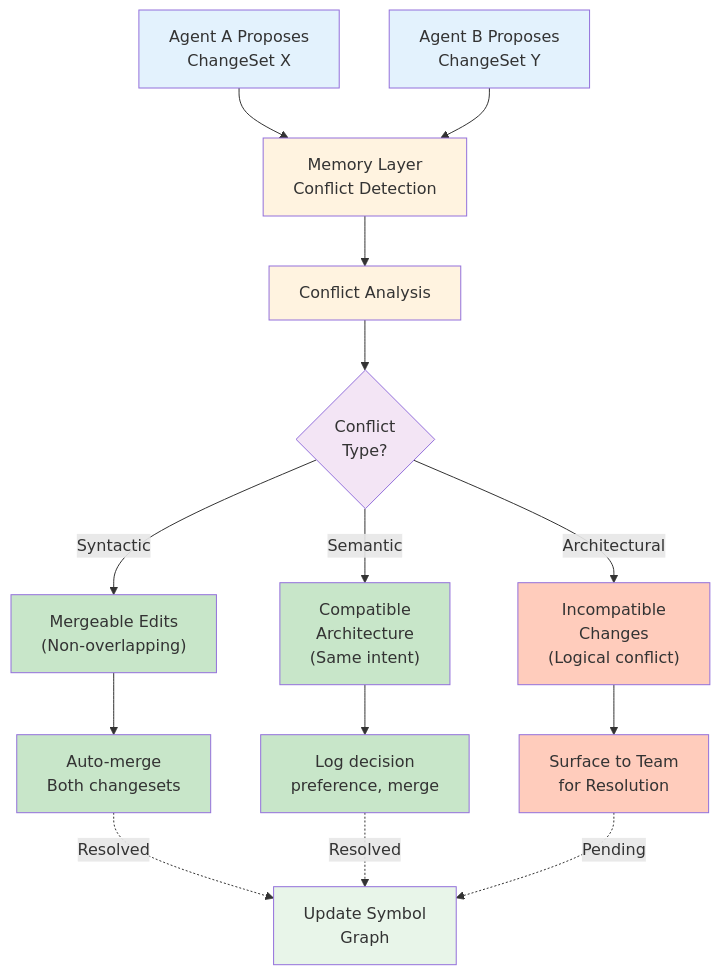
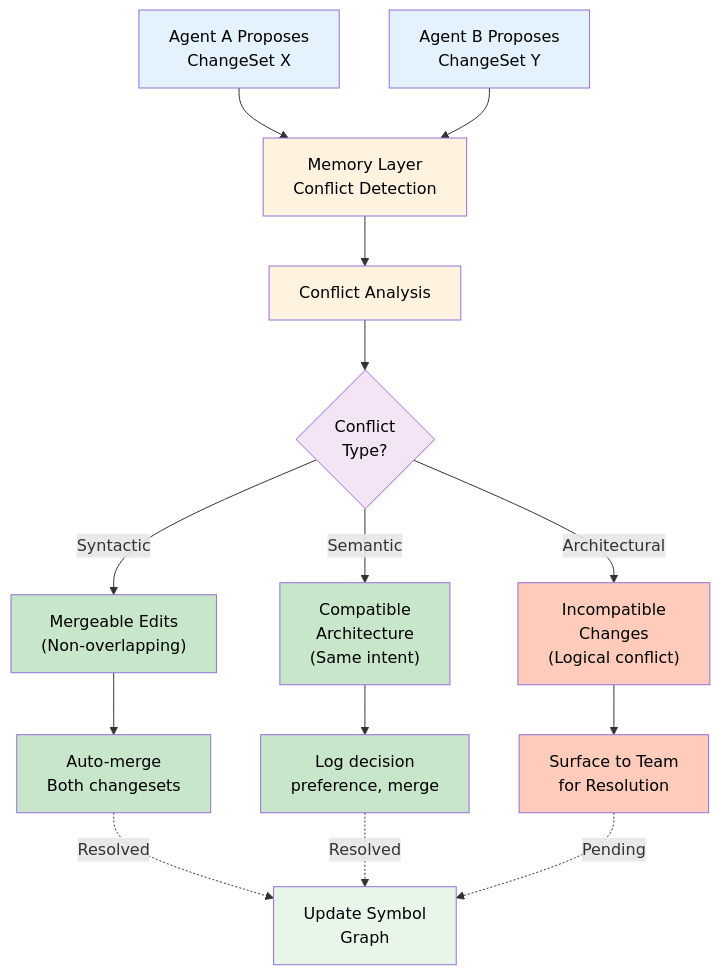
The fifth of 7 diagrams in Unified_Agentic_Memory_White_Paper-Detail.md (Chillbruhhh/Agentic-Coding-Memory), drawn with Mermaid before and after one commit. The commit also changed other lines of this file, not shown here.

Commit message:
Remove roadmap times and fix Mermaid diagrams

````diff
--- a/Unified_Agentic_Memory_White_Paper-Detail.md
+++ b/Unified_Agentic_Memory_White_Paper-Detail.md
@@ -334,47 +334,47 @@
 ```mermaid
 graph TD
     A["Agent A Proposes<br/>ChangeSet X"]
     B["Agent B Proposes<br/>ChangeSet Y"]
     
     C["Memory Layer<br/>Conflict Detection"]
     
     D["Conflict Analysis"]
     
     E{Conflict<br/>Type?}
     
     F["Mergeable Edits<br/>(Non-overlapping)"]
     G["Compatible<br/>Architecture<br/>(Same intent)"]
     H["Incompatible<br/>Changes<br/>(Logical conflict)"]
     
     I["Auto-merge<br/>Both changesets"]
     J["Log decision<br/>preference, merge"]
     K["Surface to Team<br/>for Resolution"]
     
     A --> C
     B --> C
     C --> D
     D --> E
     E -->|Syntactic| F
     E -->|Semantic| G
     E -->|Architectural| H
     F --> I
     G --> J
     H --> K
     
     I -.->|Resolved| L["Update Symbol<br/>Graph"]
     J -.->|Resolved| L
     K -.->|Pending| L
     
-    style A fill:#e3f2fd
-    style B fill:#e3f2fd
-    style C fill:#fff3e0
-    style D fill:#fff3e0
-    style E fill:#f3e5f5
-    style F fill:#c8e6c9
-    style G fill:#c8e6c9
-    style H fill:#ffccbc
-    style I fill:#c8e6c9
-    style J fill:#c8e6c9
-    style K fill:#ffccbc
-    style L fill:#e8f5e9
+    style A fill:#e3f2fd,color:black
+    style B fill:#e3f2fd,color:black
+    style C fill:#fff3e0,color:black
+    style D fill:#fff3e0,color:black
+    style E fill:#f3e5f5,color:black
+    style F fill:#c8e6c9,color:black
+    style G fill:#c8e6c9,color:black
+    style H fill:#ffccbc,color:black
+    style I fill:#c8e6c9,color:black
+    style J fill:#c8e6c9,color:black
+    style K fill:#ffccbc,color:black
+    style L fill:#e8f5e9,color:black
 ```
````
